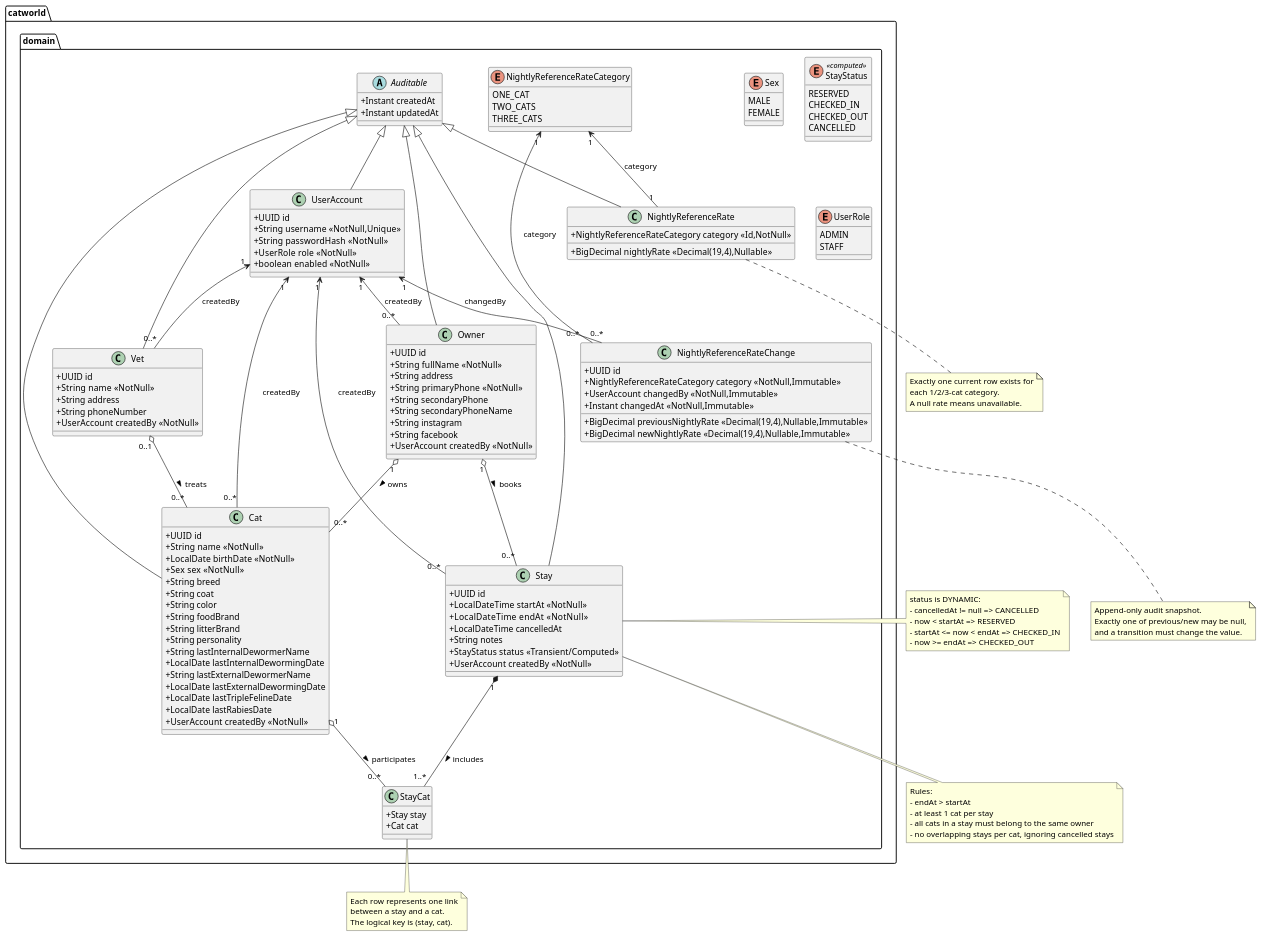
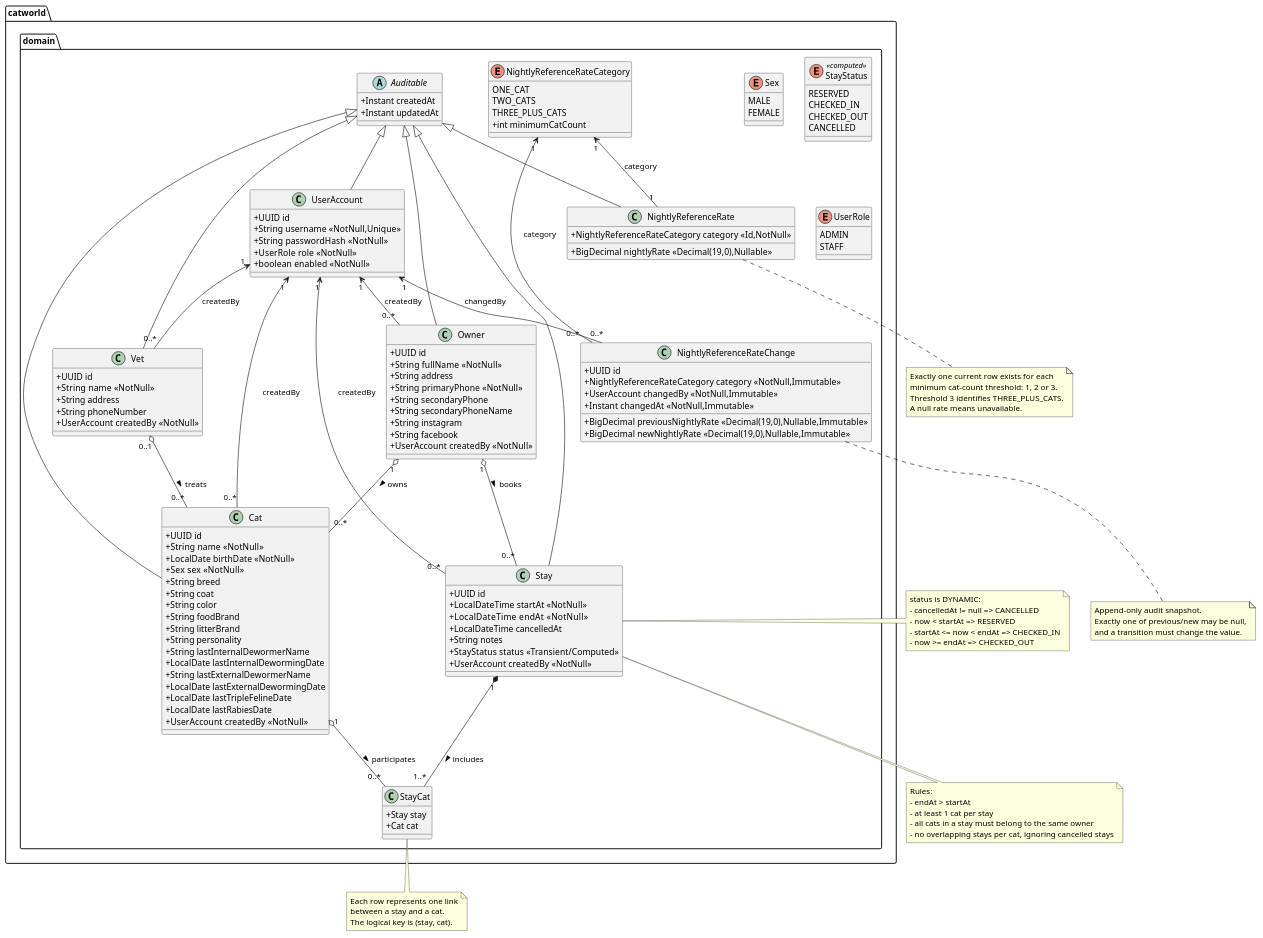
Before and after one commit to TheZenithPassage/catworld: the diagram in docs/uml/01-domain-classes.puml, drawn with PlantUML. The commit also changed 17 other files, not shown here.

Commit message:
fix(backend): correct nightly reference rate contract

```diff
--- a/docs/uml/01-domain-classes.puml
+++ b/docs/uml/01-domain-classes.puml
@@ -1,159 +1,161 @@
 @startuml
 skinparam classAttributeIconSize 0
 
 package "catworld.domain" {
 
   abstract class Auditable {
     +Instant createdAt
     +Instant updatedAt
   }
 
   class Owner extends Auditable {
     +UUID id
     +String fullName  <<NotNull>>
     +String address
     +String primaryPhone  <<NotNull>>
     +String secondaryPhone
     +String secondaryPhoneName
     +String instagram
     +String facebook
     +UserAccount createdBy  <<NotNull>>
   }
 
   class Vet extends Auditable {
     +UUID id
     +String name  <<NotNull>>
     +String address
     +String phoneNumber
     +UserAccount createdBy  <<NotNull>>
   }
 
   enum Sex {
     MALE
     FEMALE
   }
 
   class Cat extends Auditable {
     +UUID id
     +String name  <<NotNull>>
     +LocalDate birthDate  <<NotNull>>
     +Sex sex  <<NotNull>>
     +String breed
     +String coat
     +String color
     +String foodBrand
     +String litterBrand
     +String personality
     +String lastInternalDewormerName
     +LocalDate lastInternalDewormingDate
     +String lastExternalDewormerName
     +LocalDate lastExternalDewormingDate
     +LocalDate lastTripleFelineDate
     +LocalDate lastRabiesDate
     +UserAccount createdBy  <<NotNull>>
   }
 
   enum StayStatus <<computed>> {
     RESERVED
     CHECKED_IN
     CHECKED_OUT
     CANCELLED
   }
 
   class Stay extends Auditable {
     +UUID id
     +LocalDateTime startAt  <<NotNull>>
     +LocalDateTime endAt    <<NotNull>>
     +LocalDateTime cancelledAt
     +String notes
     +StayStatus status  <<Transient/Computed>>
     +UserAccount createdBy  <<NotNull>>
   }
 
   class StayCat {
     +Stay stay
     +Cat cat
   }
 
   enum UserRole {
     ADMIN
     STAFF
   }
 
   class UserAccount extends Auditable {
     +UUID id
     +String username  <<NotNull,Unique>>
     +String passwordHash  <<NotNull>>
     +UserRole role  <<NotNull>>
     +boolean enabled  <<NotNull>>
   }
 
   enum NightlyReferenceRateCategory {
     ONE_CAT
     TWO_CATS
-    THREE_CATS
+    THREE_PLUS_CATS
+    +int minimumCatCount
   }
 
   class NightlyReferenceRate extends Auditable {
     +NightlyReferenceRateCategory category  <<Id,NotNull>>
-    +BigDecimal nightlyRate  <<Decimal(19,4),Nullable>>
+    +BigDecimal nightlyRate  <<Decimal(19,0),Nullable>>
   }
 
   class NightlyReferenceRateChange {
     +UUID id
     +NightlyReferenceRateCategory category  <<NotNull,Immutable>>
-    +BigDecimal previousNightlyRate  <<Decimal(19,4),Nullable,Immutable>>
-    +BigDecimal newNightlyRate  <<Decimal(19,4),Nullable,Immutable>>
+    +BigDecimal previousNightlyRate  <<Decimal(19,0),Nullable,Immutable>>
+    +BigDecimal newNightlyRate  <<Decimal(19,0),Nullable,Immutable>>
     +UserAccount changedBy  <<NotNull,Immutable>>
     +Instant changedAt  <<NotNull,Immutable>>
   }
 
   Owner "1" o-- "0..*" Cat : owns >
   Vet   "0..1" o-- "0..*" Cat : treats >
   Owner "1" o-- "0..*" Stay : books >
   Stay  "1" *-- "1..*" StayCat : includes >
   Cat   "1" o-- "0..*" StayCat : participates >
   UserAccount "1" <-- "0..*" Owner : createdBy
   UserAccount "1" <-- "0..*" Cat : createdBy
   UserAccount "1" <-- "0..*" Vet : createdBy
   UserAccount "1" <-- "0..*" Stay : createdBy
   NightlyReferenceRateCategory "1" <-- "1" NightlyReferenceRate : category
   NightlyReferenceRateCategory "1" <-- "0..*" NightlyReferenceRateChange : category
   UserAccount "1" <-- "0..*" NightlyReferenceRateChange : changedBy
 }
 
 note right of Stay
 status is DYNAMIC:
 - cancelledAt != null => CANCELLED
 - now < startAt => RESERVED
 - startAt <= now < endAt => CHECKED_IN
 - now >= endAt => CHECKED_OUT
 end note
 
 note bottom of Stay
 Rules:
 - endAt > startAt
 - at least 1 cat per stay
 - all cats in a stay must belong to the same owner
 - no overlapping stays per cat, ignoring cancelled stays
 end note
 
 note bottom of StayCat
 Each row represents one link
 between a stay and a cat.
 The logical key is (stay, cat).
 end note
 
 note bottom of NightlyReferenceRate
-Exactly one current row exists for
-each 1/2/3-cat category.
+Exactly one current row exists for each
+minimum cat-count threshold: 1, 2 or 3.
+Threshold 3 identifies THREE_PLUS_CATS.
 A null rate means unavailable.
 end note
 
 note bottom of NightlyReferenceRateChange
 Append-only audit snapshot.
 Exactly one of previous/new may be null,
 and a transition must change the value.
 end note
 
 @enduml
```
